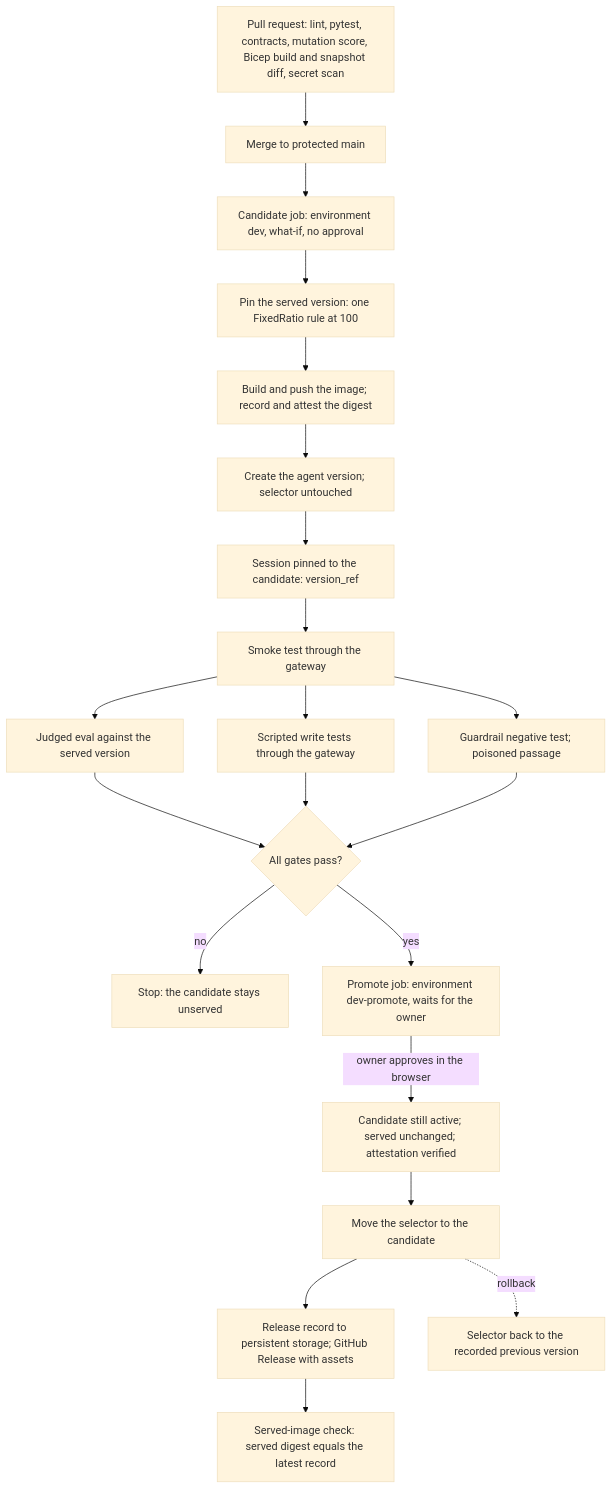
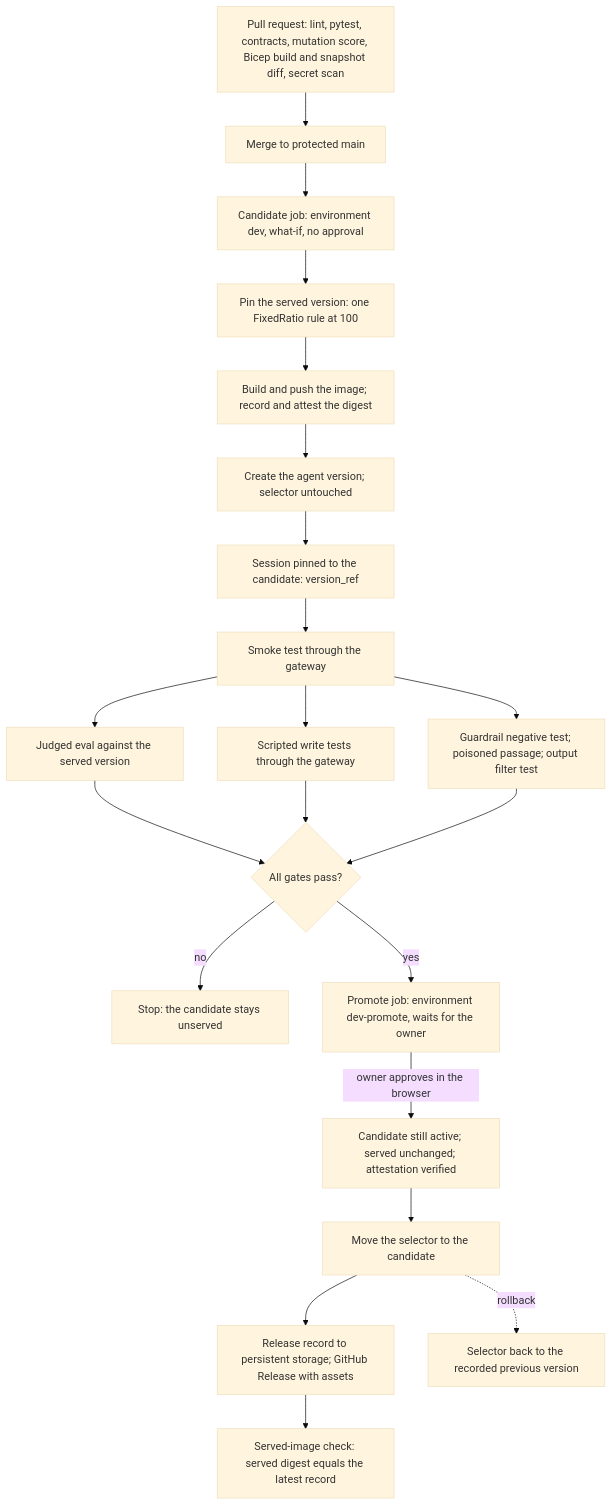
Before and after one commit to ranaidrees/MultiTenantAgentFactory: the seventh of 7 diagrams in docs/spec-phase-0-1.md, drawn with Mermaid (base theme). The commit also changed other lines of this file and 1 other file, not shown here.

````diff
--- a/docs/spec-phase-0-1.md
+++ b/docs/spec-phase-0-1.md
@@ -1113,23 +1160,23 @@
 ```mermaid
 flowchart TB
   pr["Pull request: lint, pytest, contracts, mutation score, Bicep build and snapshot diff, secret scan"] --> merge["Merge to protected main"]
   merge --> cand["Candidate job: environment dev, what-if, no approval"]
   cand --> pin["Pin the served version: one FixedRatio rule at 100"]
   pin --> build["Build and push the image; record and attest the digest"]
   build --> ver["Create the agent version; selector untouched"]
   ver --> sess["Session pinned to the candidate: version_ref"]
   sess --> smoke["Smoke test through the gateway"]
   smoke --> evalj["Judged eval against the served version"]
   smoke --> evals["Scripted write tests through the gateway"]
-  smoke --> guard["Guardrail negative test; poisoned passage"]
+  smoke --> guard["Guardrail negative test; poisoned passage; output filter test"]
   evalj --> gate{"All gates pass?"}
   evals --> gate
   guard --> gate
   gate -->|"no"| stop["Stop: the candidate stays unserved"]
   gate -->|"yes"| wait["Promote job: environment dev-promote, waits for the owner"]
   wait -->|"owner approves in the browser"| check["Candidate still active; served unchanged; attestation verified"]
   check --> move["Move the selector to the candidate"]
   move --> rec["Release record to persistent storage; GitHub Release with assets"]
   rec --> verify["Served-image check: served digest equals the latest record"]
   move -.->|"rollback"| back["Selector back to the recorded previous version"]
 ```
````
